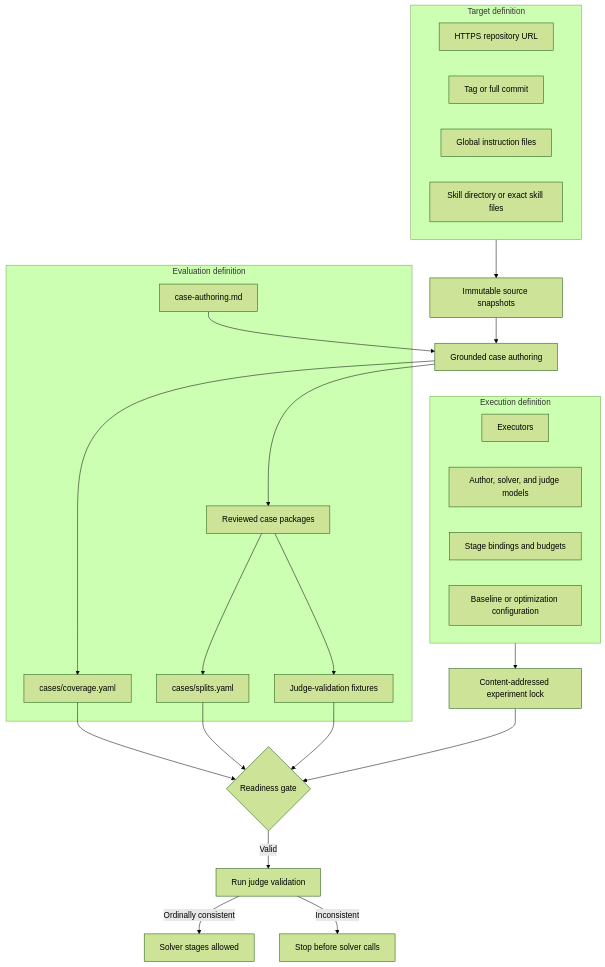
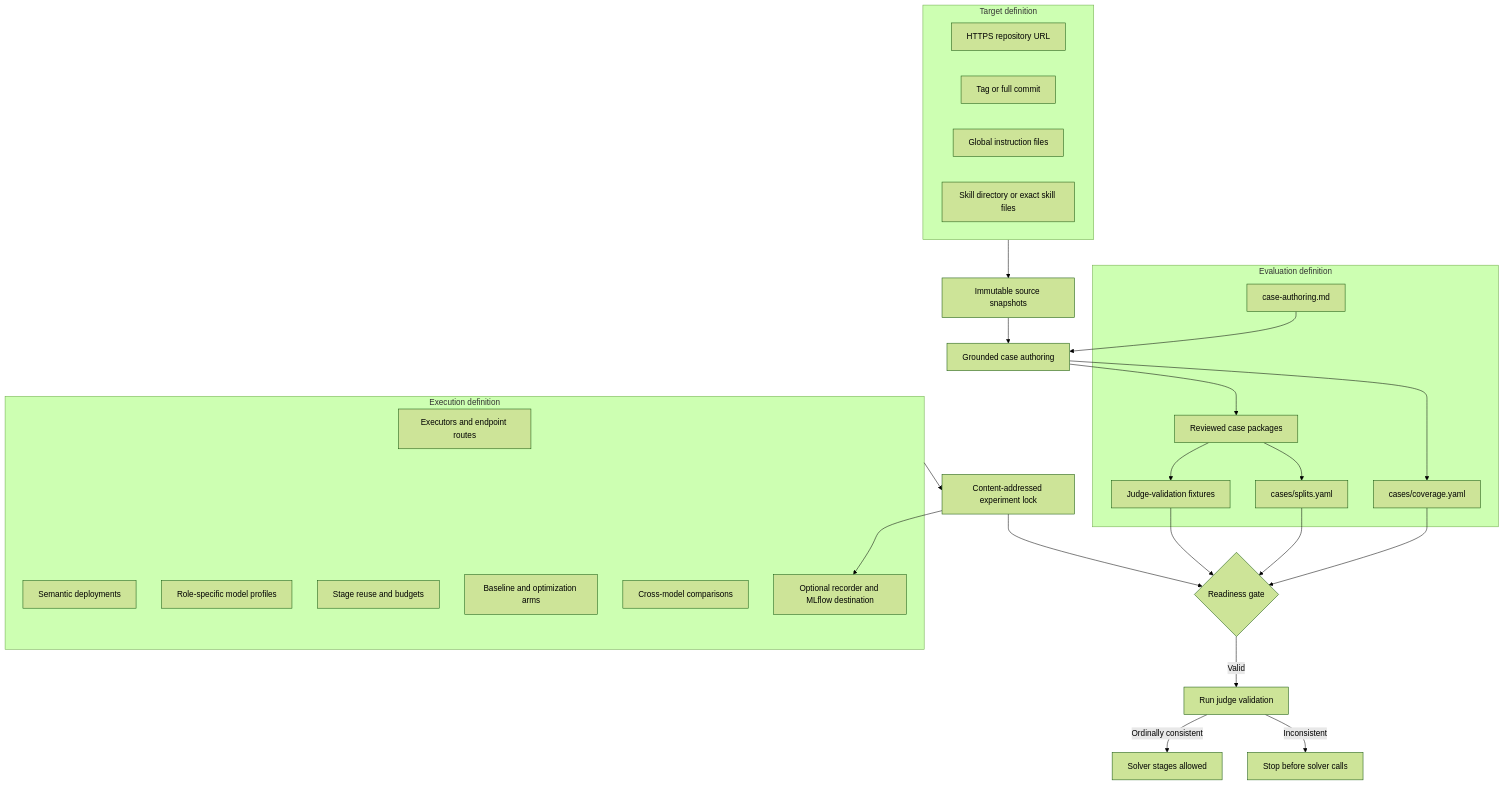
One commit to mainsequence-sdk/repo-agent-eval changed the diagram in docs/experiments/index.md. Above: the diagram before and after it, drawn with Mermaid (forest theme). The commit also changed other lines of this file and 558 other files, not shown here.

````diff
--- a/docs/experiments/index.md
+++ b/docs/experiments/index.md
@@ -10,40 +10,45 @@
 ```mermaid
 flowchart TB
     subgraph Source[Target definition]
         Repository[HTTPS repository URL]
         Revision[Tag or full commit]
         Global[Global instruction files]
         Skills[Skill directory or exact skill files]
     end
 
     subgraph Corpus[Evaluation definition]
         Policy[case-authoring.md]
         Catalog[cases/coverage.yaml]
         Cases[Reviewed case packages]
         Splits[cases/splits.yaml]
         Fixtures[Judge-validation fixtures]
     end
 
     subgraph Runtime[Execution definition]
-        Executors[Executors]
-        Models[Author, solver, and judge models]
-        Stages[Stage bindings and budgets]
-        Experiments[Baseline or optimization configuration]
+        Executors[Executors and endpoint routes]
+        Deployments[Semantic deployments]
+        Models[Role-specific model profiles]
+        Stages[Stage reuse and budgets]
+        Experiments[Baseline and optimization arms]
+        Comparisons[Cross-model comparisons]
+        Recorder[Optional recorder and MLflow destination]
     end
 
     Source --> Snapshot[Immutable source snapshots]
     Snapshot --> Authoring[Grounded case authoring]
     Policy --> Authoring
     Authoring --> Catalog
     Authoring --> Cases
     Cases --> Splits
     Cases --> Fixtures
     Runtime --> Lock[Content-addressed experiment lock]
+    Runtime --> Recorder
+    Lock --> Recorder
     Catalog --> Ready{Readiness gate}
     Splits --> Ready
     Fixtures --> Ready
     Lock --> Ready
     Ready -->|Valid| ValidateJudge[Run judge validation]
     ValidateJudge -->|Ordinally consistent| Run[Solver stages allowed]
     ValidateJudge -->|Inconsistent| Stop[Stop before solver calls]
 ```
````
